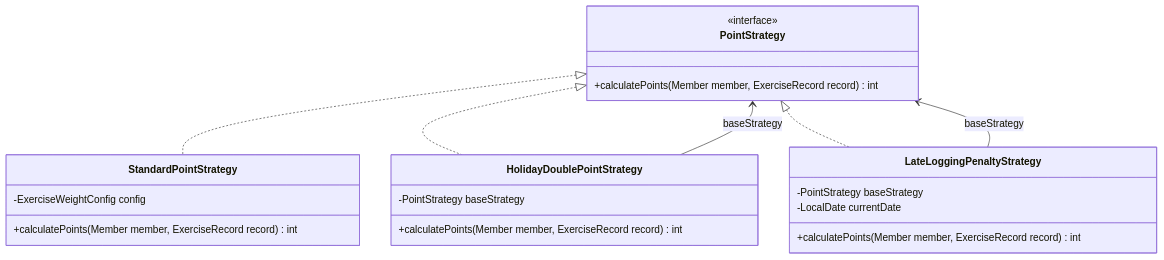
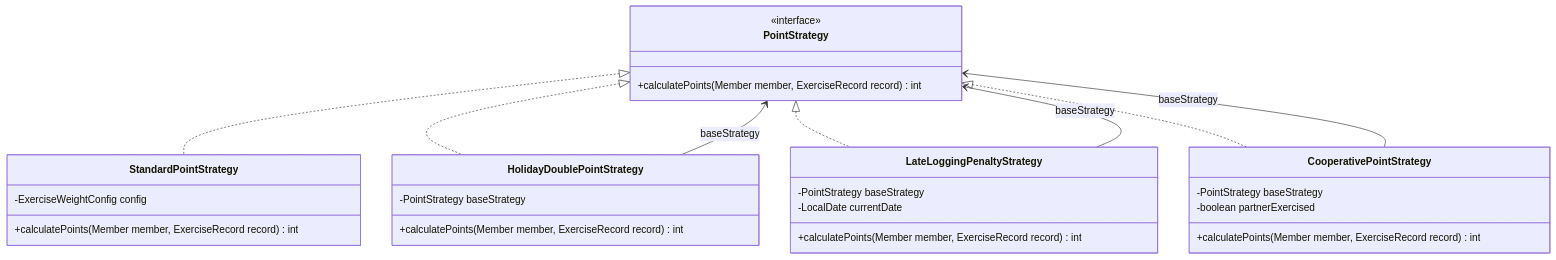
Before and after one commit to DLZQW/swfwfinalproj: the first of 3 diagrams in AI_PRESENTATION_ARCHITECTURE.md, drawn with Mermaid. The commit also changed other lines of this file and 1 other file, not shown here.

````diff
--- a/AI_PRESENTATION_ARCHITECTURE.md
+++ b/AI_PRESENTATION_ARCHITECTURE.md
@@ -57,26 +57,33 @@
 ```mermaid
 classDiagram
     direction TB
     class PointStrategy {
         <<interface>>
         +calculatePoints(Member member, ExerciseRecord record) int
     }
     class StandardPointStrategy {
         -ExerciseWeightConfig config
         +calculatePoints(Member member, ExerciseRecord record) int
     }
     class HolidayDoublePointStrategy {
         -PointStrategy baseStrategy
         +calculatePoints(Member member, ExerciseRecord record) int
     }
     class LateLoggingPenaltyStrategy {
         -PointStrategy baseStrategy
         -LocalDate currentDate
         +calculatePoints(Member member, ExerciseRecord record) int
     }
+    class CooperativePointStrategy {
+        -PointStrategy baseStrategy
+        -boolean partnerExercised
+        +calculatePoints(Member member, ExerciseRecord record) int
+    }
     PointStrategy <|.. StandardPointStrategy
     PointStrategy <|.. HolidayDoublePointStrategy
     PointStrategy <|.. LateLoggingPenaltyStrategy
+    PointStrategy <|.. CooperativePointStrategy
     HolidayDoublePointStrategy --> PointStrategy : baseStrategy
     LateLoggingPenaltyStrategy --> PointStrategy : baseStrategy
+    CooperativePointStrategy --> PointStrategy : baseStrategy
 ```
````
